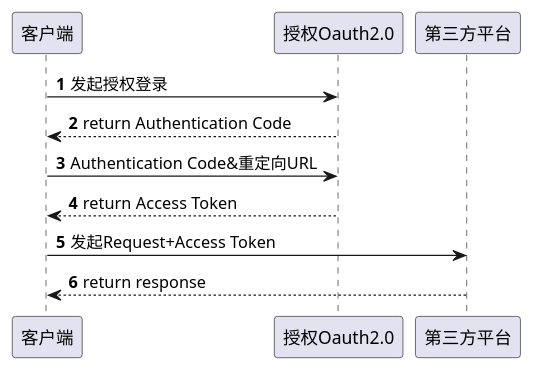
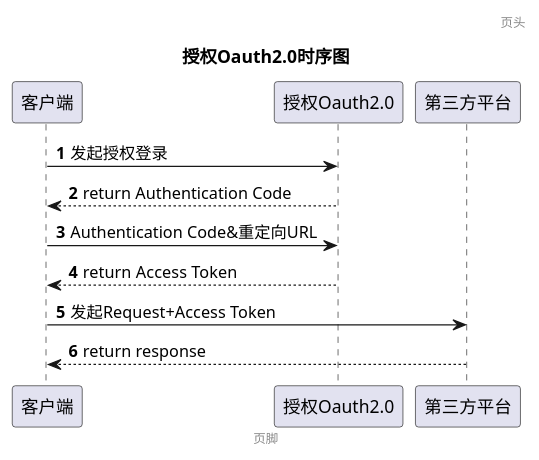
One commit to aoheng/PlantUML changed the diagram in java/oauth2.0/oauth2.0.puml. Above: the diagram before and after it, drawn with PlantUML. The commit also changed 2 other files, not shown here.

```diff
--- a/java/oauth2.0/oauth2.0.puml
+++ b/java/oauth2.0/oauth2.0.puml
@@ -1,13 +1,15 @@
 @startuml
 'https://plantuml.com/sequence-diagram
-
+header 页头
+title 授权Oauth2.0时序图
+footer 页脚
 autonumber
 客户端 -> 授权Oauth2.0: 发起授权登录
 授权Oauth2.0 --> 客户端: return Authentication Code
 客户端 -> 授权Oauth2.0: Authentication Code&重定向URL
 授权Oauth2.0 --> 客户端: return Access Token
 
 客户端 -> 第三方平台: 发起Request+Access Token
 第三方平台 --> 客户端: return response
 
 @enduml
```
